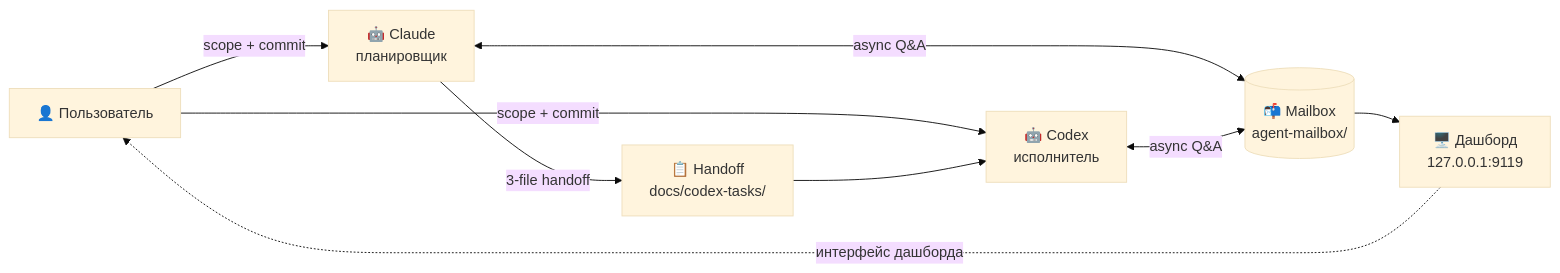
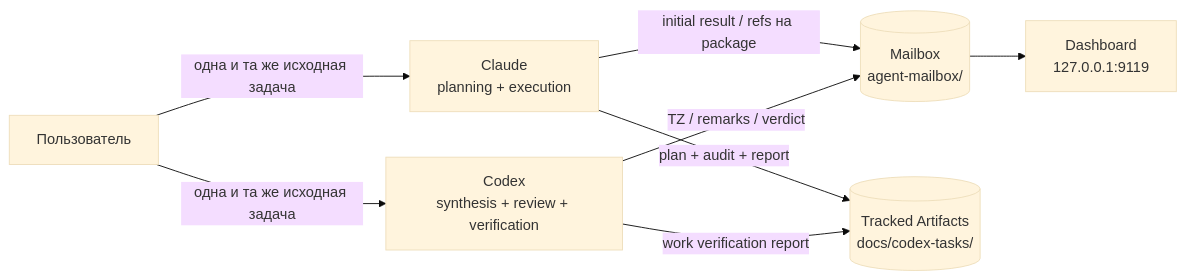
One commit to ub3dqy/workflow changed the diagram in README.ru.md. Above: the diagram before and after it, drawn with Mermaid (base theme). The commit also changed other lines of this file and 76 other files, not shown here.

First line of the commit message:
docs(workflow): align all project docs with sequential Claude↔Codex prompt

````diff
--- a/README.ru.md
+++ b/README.ru.md
@@ -99,18 +117,17 @@
 ```mermaid
 flowchart LR
-    U[👤 Пользователь]
-    C[🤖 Claude<br/>планировщик]
-    X[🤖 Codex<br/>исполнитель]
-    M[(📬 Mailbox<br/>agent-mailbox/)]
-    D[📋 Handoff<br/>docs/codex-tasks/]
-    W[🖥️ Дашборд<br/>127.0.0.1:9119]
+    U[Пользователь]
+    C[Claude<br/>planning + execution]
+    X[Codex<br/>synthesis + review + verification]
+    M[(Mailbox<br/>agent-mailbox/)]
+    D[(Tracked Artifacts<br/>docs/codex-tasks/)]
+    W[Dashboard<br/>127.0.0.1:9119]
 
-    U -->|scope + commit| C
-    U -->|scope + commit| X
-    C -->|3-file handoff| D
-    D --> X
-    C <-->|async Q&A| M
-    X <-->|async Q&A| M
+    U -->|одна и та же исходная задача| C
+    U -->|одна и та же исходная задача| X
+    C -->|initial result / refs на package| M
+    X -->|TZ / remarks / verdict| M
+    C -->|plan + audit + report| D
+    X -->|work verification report| D
     M --> W
-    W -.->|интерфейс дашборда| U
 ```
````
